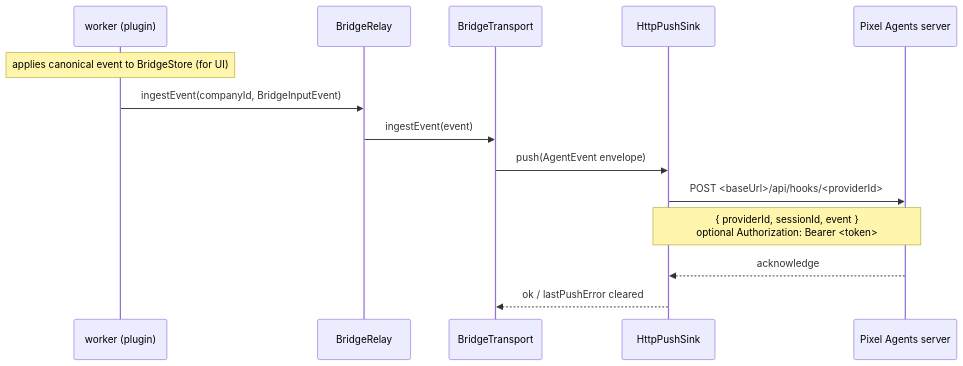
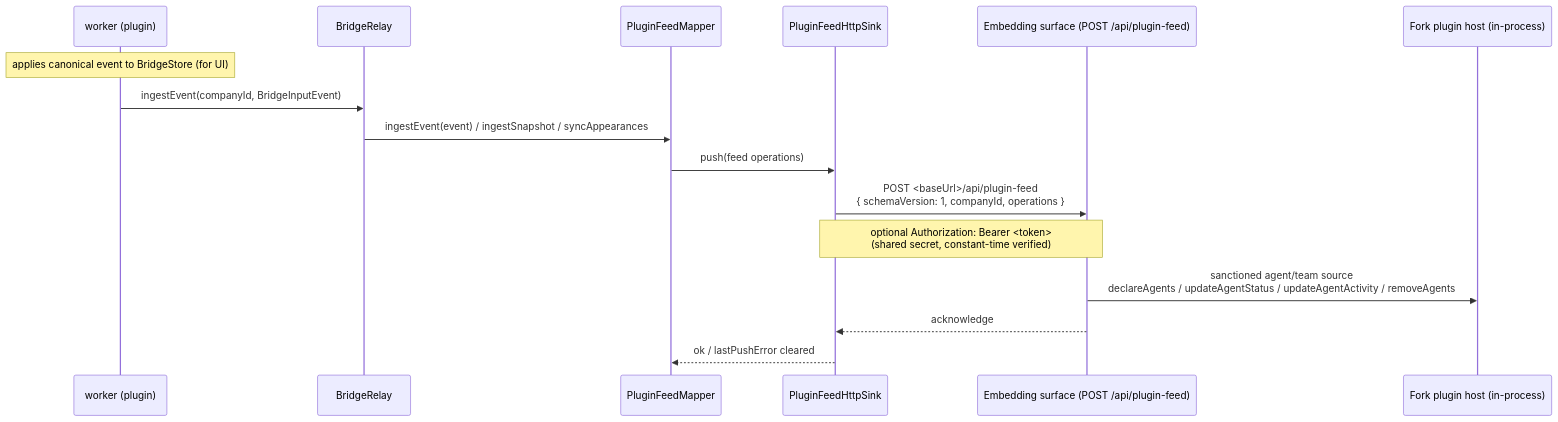
Before and after one commit to decaf-ts/paperclip-pixels: the fifth of 5 diagrams in workdocs/ai/project/architecture-handbook.md, drawn with Mermaid. The commit also changed other lines of this file and 56 other files, not shown here.

Commit message:
PAPERCLIP_PIXELS-2: run the paperclip bridge as a first-class plugin with authenticated feed and embedding loader; retire impersonation hacks

````diff
--- a/workdocs/ai/project/architecture-handbook.md
+++ b/workdocs/ai/project/architecture-handbook.md
@@ -991,16 +1054,18 @@
 ```mermaid
 sequenceDiagram
     participant W as worker (plugin)
     participant R as BridgeRelay
-    participant T as BridgeTransport
-    participant S as HttpPushSink
-    participant PA as Pixel Agents server
+    participant M as PluginFeedMapper
+    participant S as PluginFeedHttpSink
+    participant E as Embedding surface (POST /api/plugin-feed)
+    participant H as Fork plugin host (in-process)
     Note over W: applies canonical event to BridgeStore (for UI)
     W->>R: ingestEvent(companyId, BridgeInputEvent)
-    R->>T: ingestEvent(event)
-    T->>S: push(AgentEvent envelope)
-    S->>PA: POST <baseUrl>/api/hooks/<providerId>
-    Note over S,PA: { providerId, sessionId, event }<br/>optional Authorization: Bearer <token>
-    PA-->>S: acknowledge
-    S-->>T: ok / lastPushError cleared
+    R->>M: ingestEvent(event) / ingestSnapshot / syncAppearances
+    M->>S: push(feed operations)
+    S->>E: POST <baseUrl>/api/plugin-feed<br/>{ schemaVersion: 1, companyId, operations }
+    Note over S,E: optional Authorization: Bearer <token><br/>(shared secret, constant-time verified)
+    E->>H: sanctioned agent/team source<br/>declareAgents / updateAgentStatus / updateAgentActivity / removeAgents
+    E-->>S: acknowledge
+    S-->>M: ok / lastPushError cleared
 ```
````
